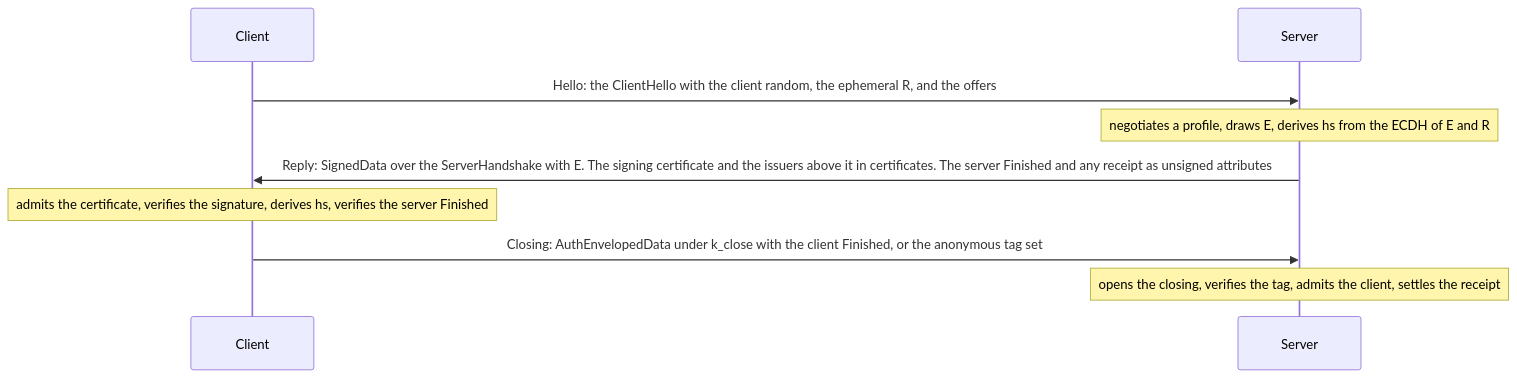
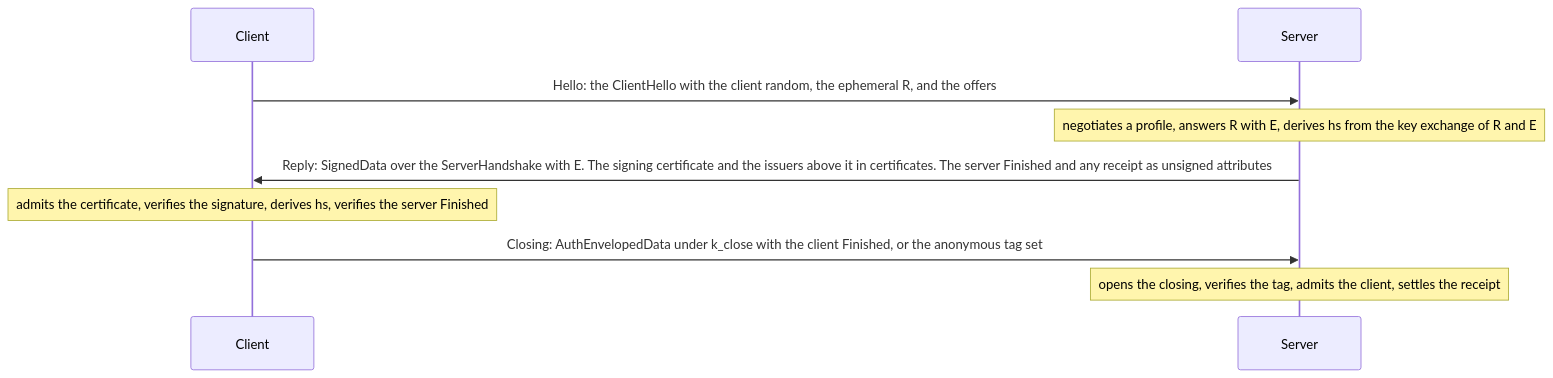
The first of 5 diagrams in docs/handshake.md (wahidgroup/tightbeam), drawn with Mermaid before and after one commit. The commit also changed other lines of this file and 51 other files, not shown here.

Commit message:
feat!: run the handshake and rekey on any key exchange

````diff
--- a/docs/handshake.md
+++ b/docs/handshake.md
@@ -41,11 +41,11 @@
 ```mermaid
 sequenceDiagram
     participant C as Client
     participant S as Server
     C->>S: Hello: the ClientHello with the client random, the ephemeral R, and the offers
-    Note over S: negotiates a profile, draws E, derives hs from the ECDH of E and R
+    Note over S: negotiates a profile, answers R with E, derives hs from the key exchange of R and E
     S->>C: Reply: SignedData over the ServerHandshake with E. The signing certificate and the issuers above it in certificates. The server Finished and any receipt as unsigned attributes
     Note over C: admits the certificate, verifies the signature, derives hs, verifies the server Finished
     C->>S: Closing: AuthEnvelopedData under k_close with the client Finished, or the anonymous tag set
     Note over S: opens the closing, verifies the tag, admits the client, settles the receipt
 ```
````
